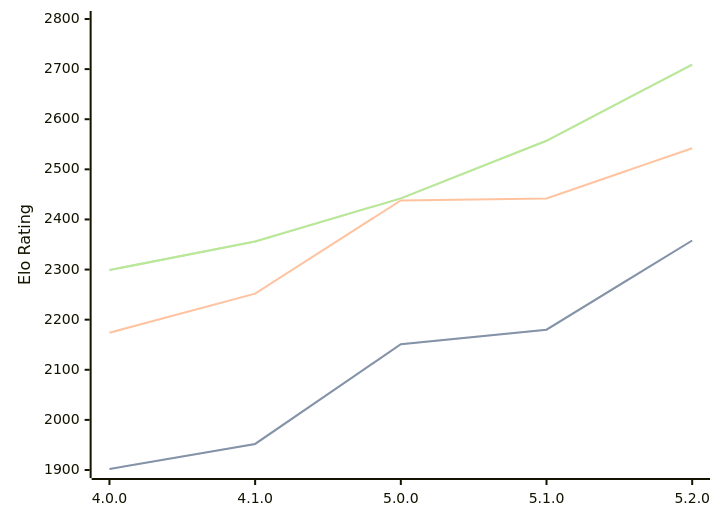
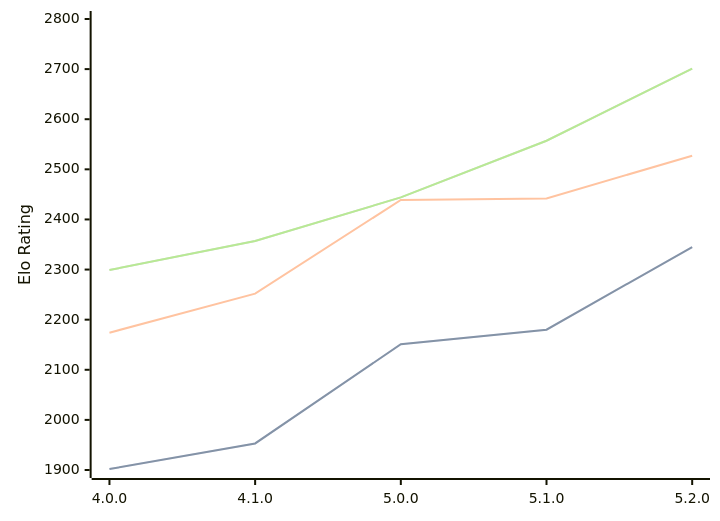
One commit to computer-chess-index/cci changed the first of 3 diagrams in engines/Aconcagua.md. Above: the diagram before and after it, drawn with Mermaid. The commit also changed other lines of this file, not shown here.

Commit message:
Update CCI Ratings (ELO VLTC) - 2026-06-16

````diff
--- a/engines/Aconcagua.md
+++ b/engines/Aconcagua.md
@@ -44,11 +44,11 @@
 ```mermaid
 %%{init: {"theme":"base","themeVariables":{"seriesColors:['#a3a3a3','#222221','#faa371']}}}%%
 xychart-beta
   x-axis ["4.0.0", "4.1.0", "5.0.0", "5.1.0", "5.2.0"]
   y-axis "Elo Rating" 1900 --> 2800
-  line "STC (8.0+0.08s)" [1902, 1952, 2151, 2180, 2358]
-  line "STC (8.0+0.08s)" [1902, 1952, 2151, 2180, 2358]
-  line "LTC (60.0+0.60s)" [2174, 2252, 2438, 2442, 2542]
-  line "VLTC (2m24s+1.12s)" [2299, 2356, 2442, 2557, 2709]
-  line "VLTC (2m24s+1.12s)" [2299, 2356, 2442, 2557, 2709]
+  line "STC (8.0+0.08s)" [1902, 1953, 2151, 2180, 2345]
+  line "STC (8.0+0.08s)" [1902, 1953, 2151, 2180, 2345]
+  line "LTC (60.0+0.60s)" [2174, 2252, 2439, 2442, 2527]
+  line "VLTC (2m24s+1.12s)" [2299, 2357, 2444, 2557, 2701]
+  line "VLTC (2m24s+1.12s)" [2299, 2357, 2444, 2557, 2701]
 ```
````
